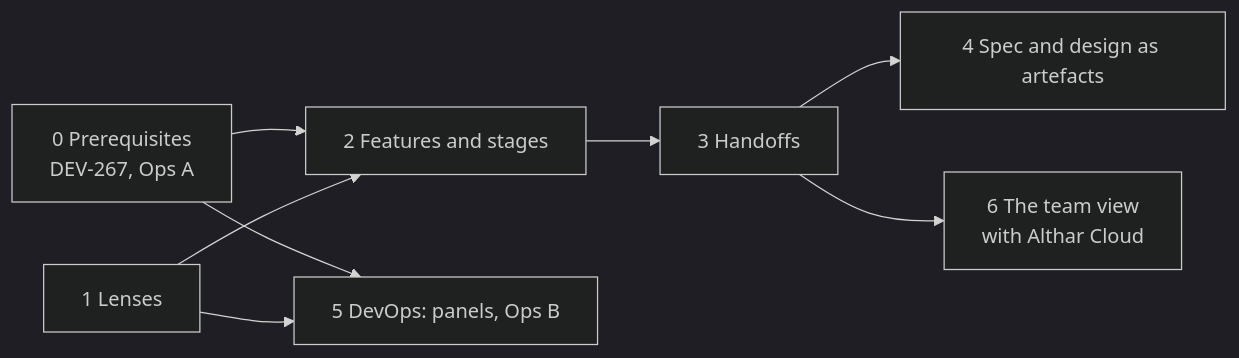
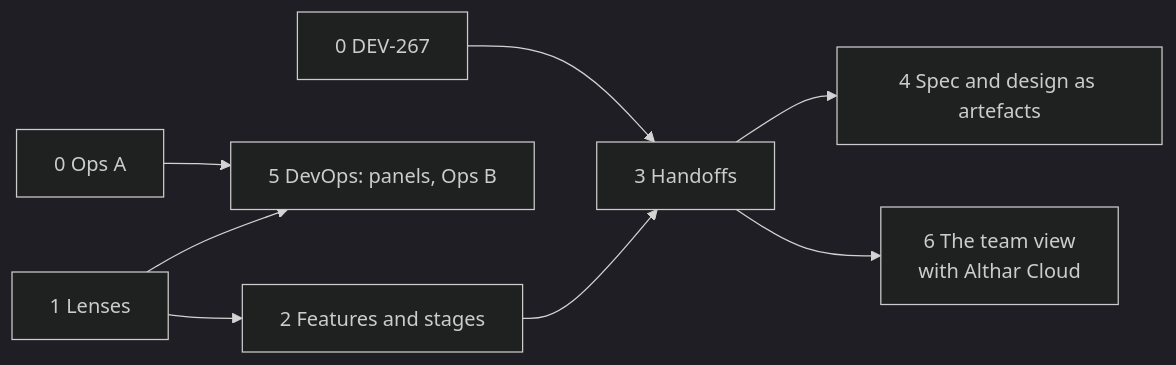
One commit to AltharIDE/althar changed the second of 2 diagrams in docs/plans/whole-team.md. Above: the diagram before and after it, drawn with Mermaid (dark theme). The commit also changed other lines of this file and 5 other files, not shown here.

````diff
--- a/docs/plans/whole-team.md
+++ b/docs/plans/whole-team.md
@@ -190,10 +202,10 @@
 ```mermaid
 flowchart LR
-  P0[0 Prerequisites<br/>DEV-267, Ops A] --> P2
+  D267[0 DEV-267] --> P3
+  OPSA[0 Ops A] --> P5
   P1[1 Lenses] --> P2[2 Features and stages]
   P2 --> P3[3 Handoffs]
   P3 --> P4[4 Spec and design as artefacts]
-  P0 --> P5[5 DevOps: panels, Ops B]
-  P1 --> P5
+  P1 --> P5[5 DevOps: panels, Ops B]
   P3 --> P6[6 The team view<br/>with Althar Cloud]
 ```
````
